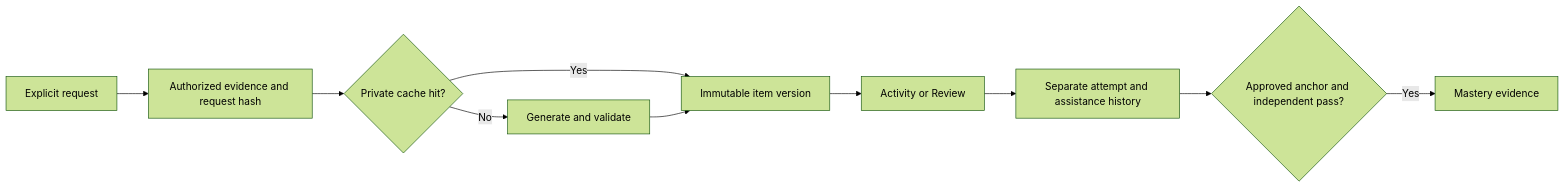
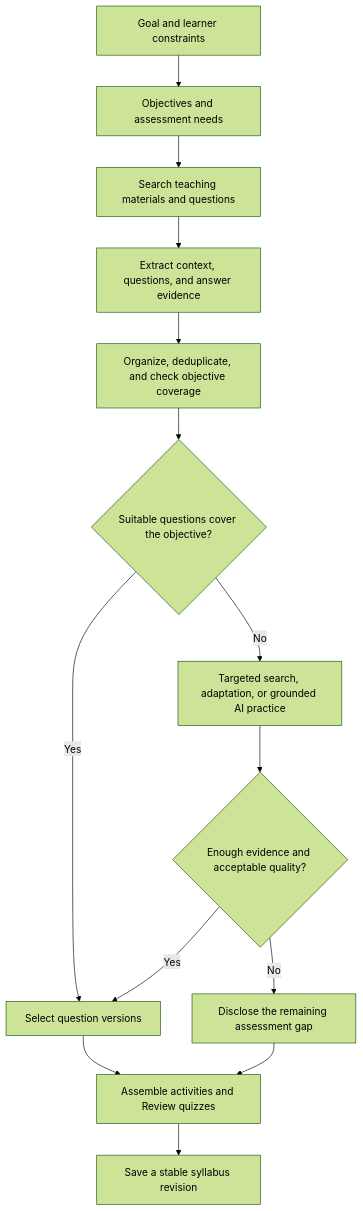
The diagram in docs/quiz-sourcing-proposal.md (nearKim/syllabus.build), drawn with Mermaid (forest theme) before and after one commit. The commit also changed other lines of this file, not shown here.

First line of the commit message:
Generalize quiz discovery across syllabus creation

````diff
--- a/docs/quiz-sourcing-proposal.md
+++ b/docs/quiz-sourcing-proposal.md
@@ -78,12 +21,16 @@
 ```mermaid
-flowchart LR
-  A[Explicit request] --> B[Authorized evidence and request hash]
-  B --> C{Private cache hit?}
-  C -->|Yes| D[Immutable item version]
-  C -->|No| E[Generate and validate]
-  E --> D
-  D --> F[Activity or Review]
-  F --> G[Separate attempt and assistance history]
-  G --> H{Approved anchor and independent pass?}
-  H -->|Yes| I[Mastery evidence]
+flowchart TD
+  A[Goal and learner constraints] --> B[Objectives and assessment needs]
+  B --> C[Search teaching materials and questions]
+  C --> D[Extract context, questions, and answer evidence]
+  D --> E[Organize, deduplicate, and check objective coverage]
+  E --> F{Suitable questions cover the objective?}
+  F -->|Yes| G[Select question versions]
+  F -->|No| H[Targeted search, adaptation, or grounded AI practice]
+  H --> I{Enough evidence and acceptable quality?}
+  I -->|Yes| G
+  I -->|No| J[Disclose the remaining assessment gap]
+  G --> K[Assemble activities and Review quizzes]
+  J --> K
+  K --> L[Save a stable syllabus revision]
 ```
````
